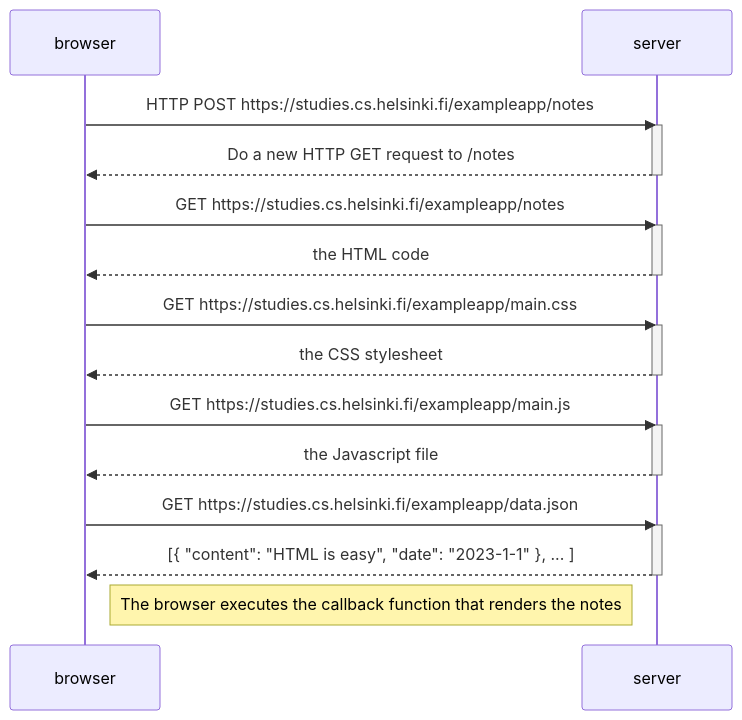
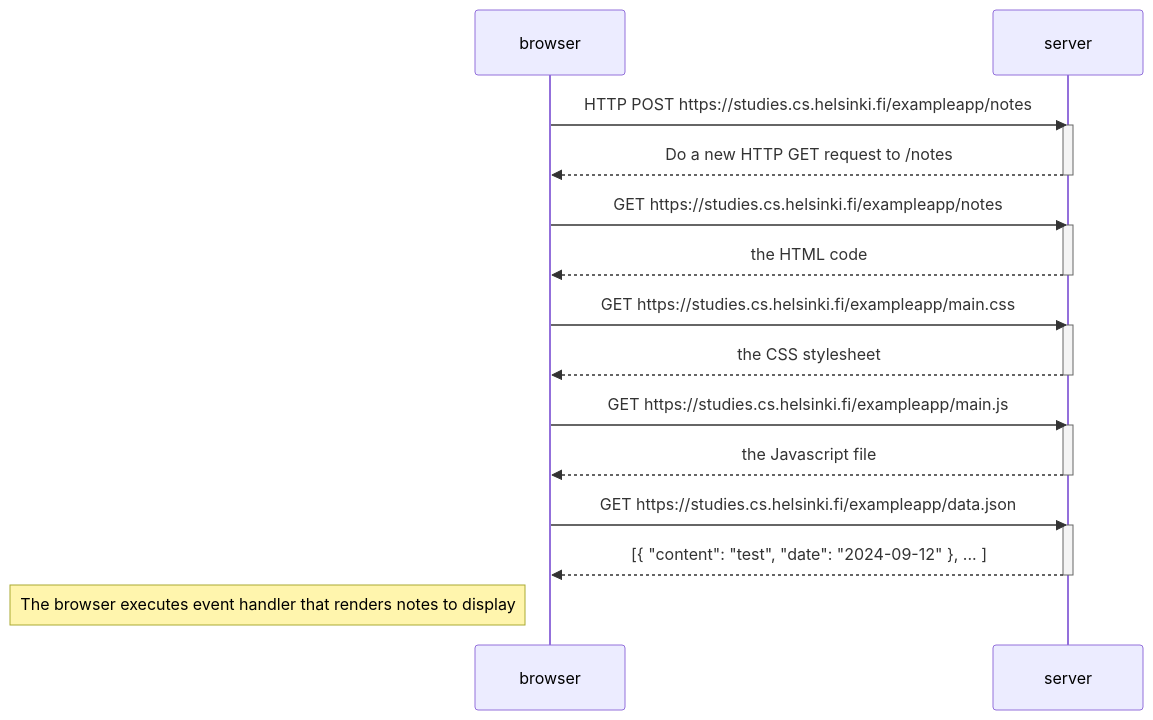
The diagram in part0/0.4_new_note.md (imshivamk/FullStackOpen---Solutions), drawn with Mermaid before and after one commit.

Commit message:
updated new note

````diff
--- a/part0/0.4_new_note.md
+++ b/part0/0.4_new_note.md
@@ -1,33 +1,32 @@
 ```mermaid
 sequenceDiagram
     participant browser
     participant server
 
     browser->>server: HTTP POST https://studies.cs.helsinki.fi/exampleapp/notes
     activate server
     server-->>browser: Do a new HTTP GET request to /notes
     deactivate server
 
     browser->>server: GET https://studies.cs.helsinki.fi/exampleapp/notes
     activate server
     server-->>browser: the HTML code
     deactivate server
 
     browser->>server: GET https://studies.cs.helsinki.fi/exampleapp/main.css
     activate server
     server-->>browser: the CSS stylesheet
     deactivate server
 
     browser->>server: GET https://studies.cs.helsinki.fi/exampleapp/main.js
     activate server
     server-->>browser: the Javascript file
     deactivate server
 
     browser->>server: GET https://studies.cs.helsinki.fi/exampleapp/data.json
     activate server
-    server-->>browser: [{ "content": "HTML is easy", "date": "2023-1-1" }, ... ]
+    server-->>browser: [{ "content": "test", "date": "2024-09-12" }, ... ]
     deactivate server
 
-    Note right of browser: The browser executes the callback function that renders the notes
-
+    Note left of browser: The browser executes event handler that renders notes to display
 ```
````
